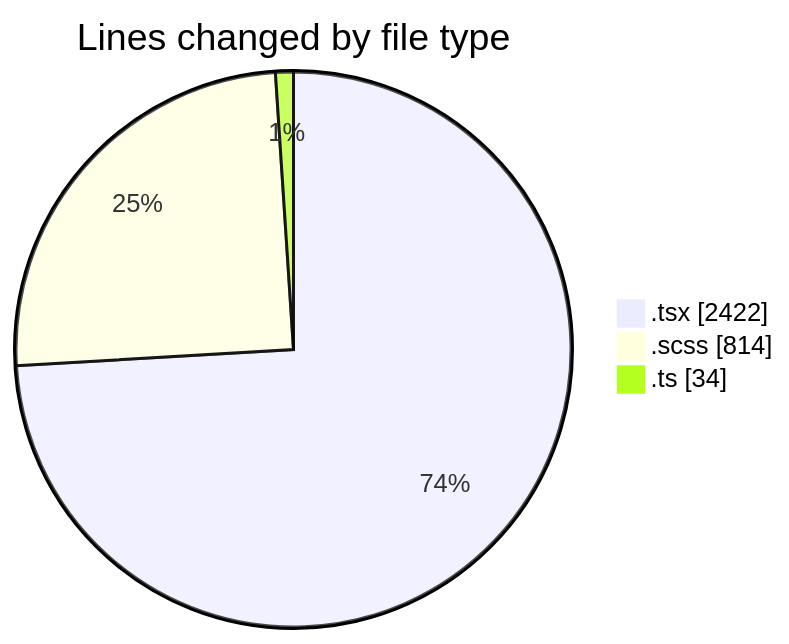
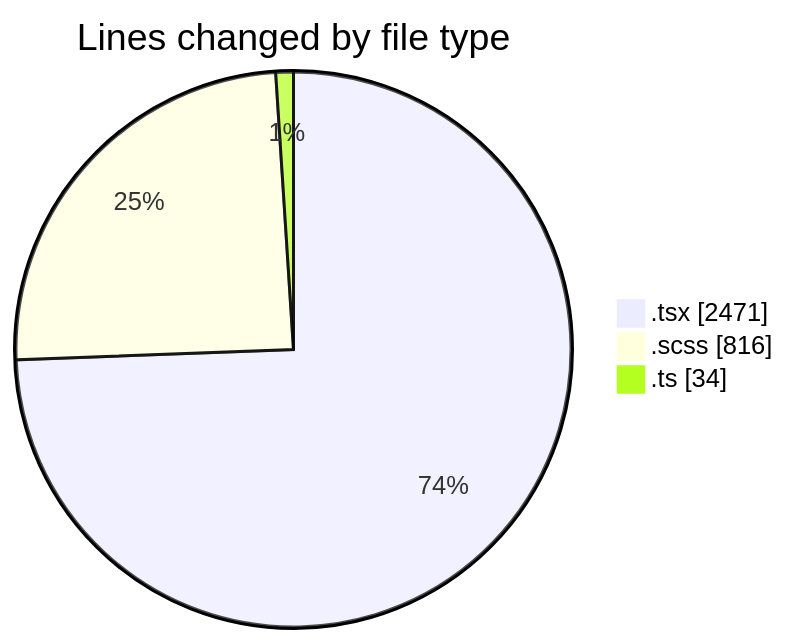
The first of 2 diagrams in 2025-04-07/cda/README.md (momahboobian/code-tracking), drawn with Mermaid before and after one commit. The commit also changed other lines of this file and 1 other file, not shown here.

````diff
--- a/2025-04-07/cda/README.md
+++ b/2025-04-07/cda/README.md
@@ -34,7 +34,7 @@
 ```mermaid
 pie showData
 title Lines changed by file type
-".tsx" : 2422
-".scss" : 814
+".tsx" : 2471
+".scss" : 816
 ".ts" : 34
 ```
````
